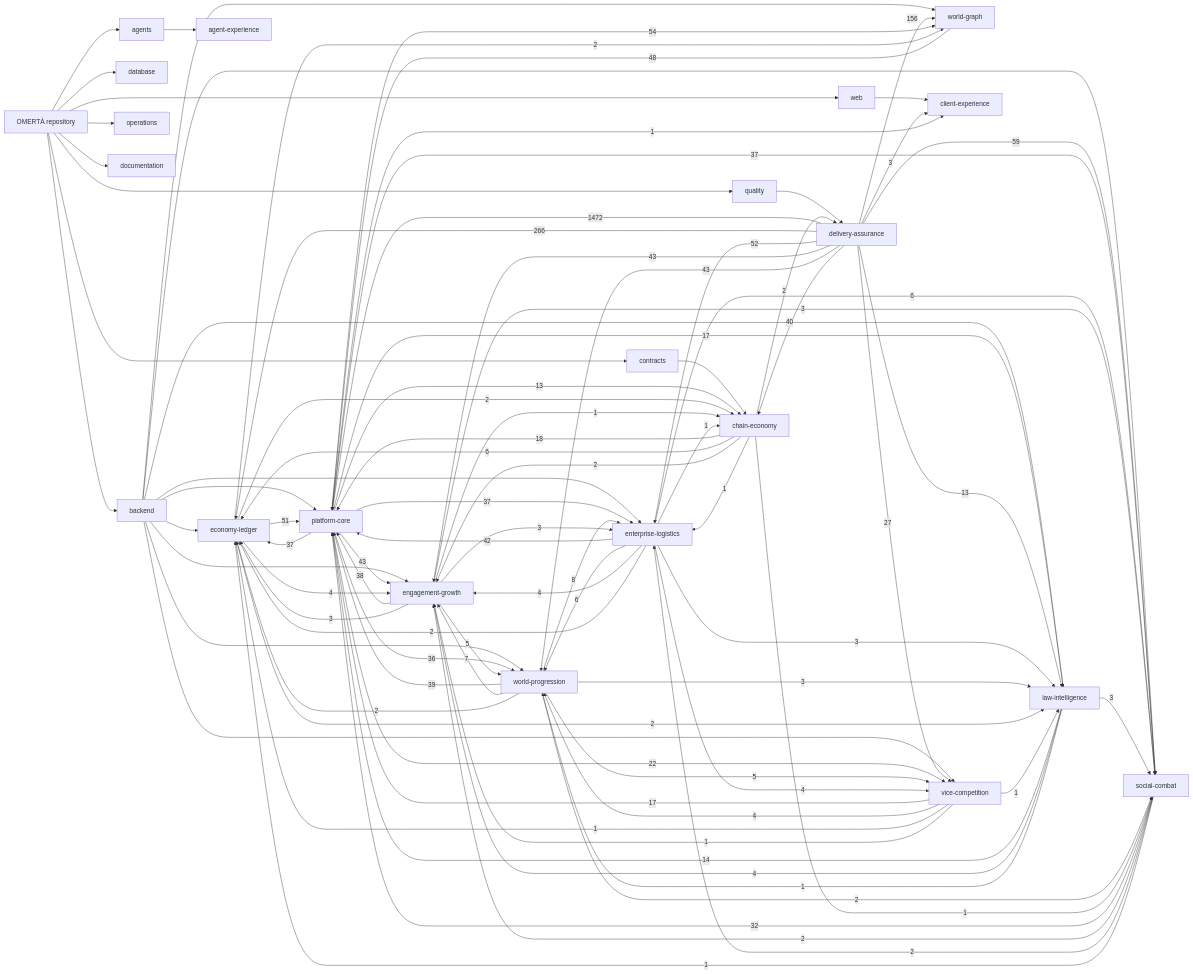
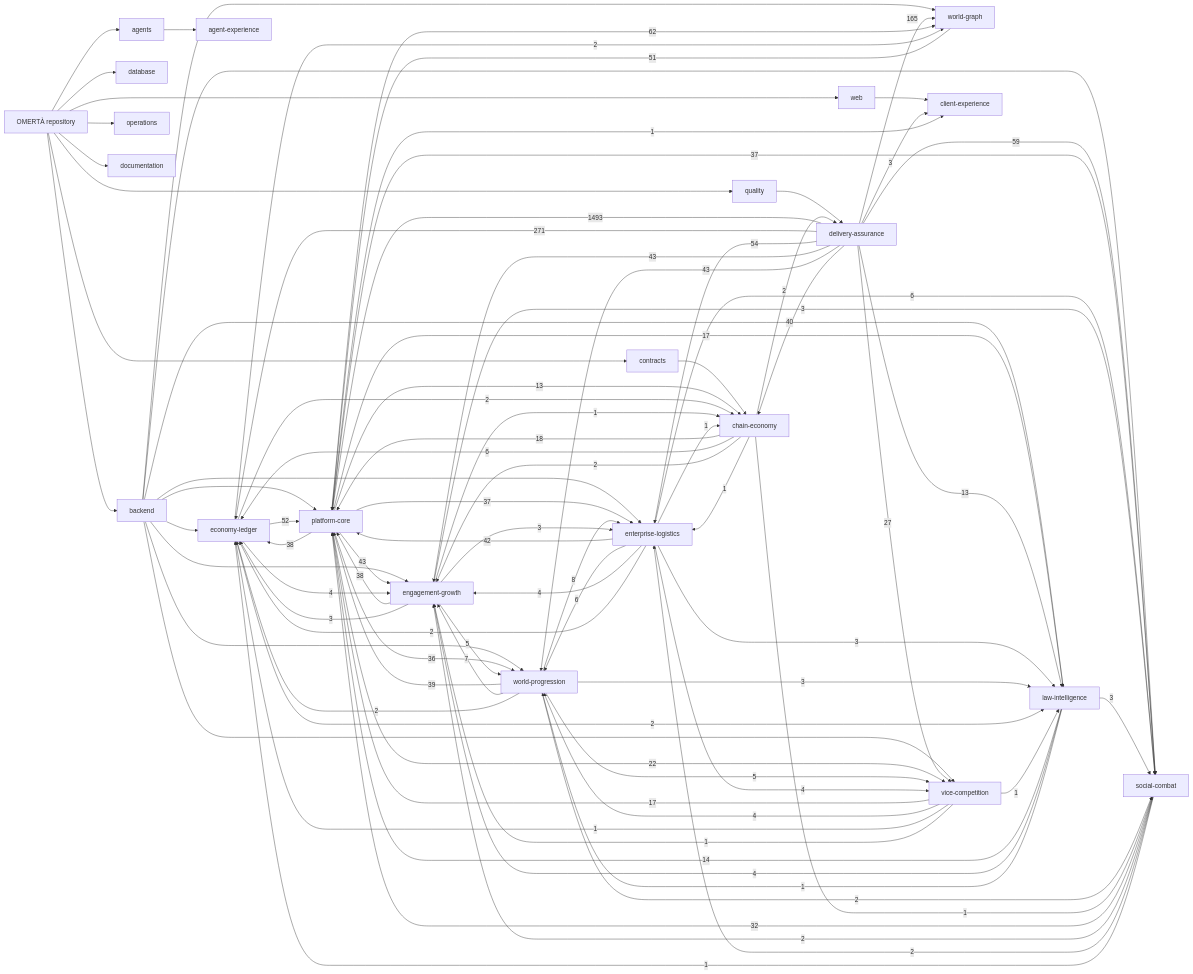
Before and after one commit to OmertaDev/Omerta: the diagram in knowledge/generated/graph.mmd, drawn with Mermaid. The commit also changed 8 other files, not shown here.

```diff
--- a/knowledge/generated/graph.mmd
+++ b/knowledge/generated/graph.mmd
@@ -1,111 +1,111 @@
 flowchart LR
   repo["OMERTÀ repository"]
   sub_backend["backend"]
   repo --> sub_backend
   sub_database["database"]
   repo --> sub_database
   sub_web["web"]
   repo --> sub_web
   sub_contracts["contracts"]
   repo --> sub_contracts
   sub_agents["agents"]
   repo --> sub_agents
   sub_quality["quality"]
   repo --> sub_quality
   sub_operations["operations"]
   repo --> sub_operations
   sub_documentation["documentation"]
   repo --> sub_documentation
   dom_platform-core["platform-core"]
   dom_economy-ledger["economy-ledger"]
   dom_social-combat["social-combat"]
   dom_world-progression["world-progression"]
   dom_world-graph["world-graph"]
   dom_enterprise-logistics["enterprise-logistics"]
   dom_vice-competition["vice-competition"]
   dom_law-intelligence["law-intelligence"]
   dom_chain-economy["chain-economy"]
   dom_engagement-growth["engagement-growth"]
   dom_client-experience["client-experience"]
   dom_agent-experience["agent-experience"]
   dom_delivery-assurance["delivery-assurance"]
   sub_agents --> dom_agent-experience
   sub_backend --> dom_economy-ledger
   sub_backend --> dom_engagement-growth
   sub_backend --> dom_enterprise-logistics
   sub_backend --> dom_law-intelligence
   sub_backend --> dom_platform-core
   sub_backend --> dom_social-combat
   sub_backend --> dom_vice-competition
   sub_backend --> dom_world-graph
   sub_backend --> dom_world-progression
   sub_contracts --> dom_chain-economy
   sub_quality --> dom_delivery-assurance
   sub_web --> dom_client-experience
-  dom_delivery-assurance -->|1472| dom_platform-core
-  dom_delivery-assurance -->|266| dom_economy-ledger
-  dom_delivery-assurance -->|156| dom_world-graph
+  dom_delivery-assurance -->|1493| dom_platform-core
+  dom_delivery-assurance -->|271| dom_economy-ledger
+  dom_delivery-assurance -->|165| dom_world-graph
+  dom_platform-core -->|62| dom_world-graph
   dom_delivery-assurance -->|59| dom_social-combat
-  dom_platform-core -->|54| dom_world-graph
-  dom_delivery-assurance -->|52| dom_enterprise-logistics
-  dom_economy-ledger -->|51| dom_platform-core
-  dom_world-graph -->|48| dom_platform-core
+  dom_delivery-assurance -->|54| dom_enterprise-logistics
+  dom_economy-ledger -->|52| dom_platform-core
+  dom_world-graph -->|51| dom_platform-core
   dom_delivery-assurance -->|43| dom_engagement-growth
   dom_delivery-assurance -->|43| dom_world-progression
   dom_platform-core -->|43| dom_engagement-growth
   dom_enterprise-logistics -->|42| dom_platform-core
   dom_delivery-assurance -->|40| dom_chain-economy
   dom_world-progression -->|39| dom_platform-core
   dom_engagement-growth -->|38| dom_platform-core
-  dom_platform-core -->|37| dom_economy-ledger
+  dom_platform-core -->|38| dom_economy-ledger
   dom_platform-core -->|37| dom_enterprise-logistics
   dom_platform-core -->|37| dom_social-combat
   dom_platform-core -->|36| dom_world-progression
   dom_social-combat -->|32| dom_platform-core
   dom_delivery-assurance -->|27| dom_vice-competition
   dom_platform-core -->|22| dom_vice-competition
   dom_chain-economy -->|18| dom_platform-core
   dom_platform-core -->|17| dom_law-intelligence
   dom_vice-competition -->|17| dom_platform-core
   dom_law-intelligence -->|14| dom_platform-core
   dom_delivery-assurance -->|13| dom_law-intelligence
   dom_platform-core -->|13| dom_chain-economy
   dom_world-progression -->|8| dom_enterprise-logistics
   dom_world-progression -->|7| dom_engagement-growth
   dom_chain-economy -->|6| dom_economy-ledger
   dom_enterprise-logistics -->|6| dom_social-combat
   dom_enterprise-logistics -->|6| dom_world-progression
   dom_engagement-growth -->|5| dom_world-progression
   dom_world-progression -->|5| dom_vice-competition
   dom_economy-ledger -->|4| dom_engagement-growth
   dom_enterprise-logistics -->|4| dom_engagement-growth
   dom_enterprise-logistics -->|4| dom_vice-competition
   dom_law-intelligence -->|4| dom_engagement-growth
   dom_vice-competition -->|4| dom_world-progression
   dom_delivery-assurance -->|3| dom_client-experience
   dom_engagement-growth -->|3| dom_economy-ledger
   dom_engagement-growth -->|3| dom_enterprise-logistics
   dom_engagement-growth -->|3| dom_social-combat
   dom_enterprise-logistics -->|3| dom_law-intelligence
   dom_law-intelligence -->|3| dom_social-combat
   dom_world-progression -->|3| dom_law-intelligence
   dom_chain-economy -->|2| dom_delivery-assurance
   dom_chain-economy -->|2| dom_engagement-growth
   dom_economy-ledger -->|2| dom_chain-economy
   dom_economy-ledger -->|2| dom_law-intelligence
   dom_economy-ledger -->|2| dom_world-graph
   dom_enterprise-logistics -->|2| dom_economy-ledger
   dom_social-combat -->|2| dom_engagement-growth
   dom_social-combat -->|2| dom_enterprise-logistics
   dom_world-progression -->|2| dom_economy-ledger
   dom_world-progression -->|2| dom_social-combat
   dom_chain-economy -->|1| dom_enterprise-logistics
   dom_chain-economy -->|1| dom_social-combat
   dom_engagement-growth -->|1| dom_chain-economy
   dom_enterprise-logistics -->|1| dom_chain-economy
   dom_law-intelligence -->|1| dom_world-progression
   dom_platform-core -->|1| dom_client-experience
   dom_social-combat -->|1| dom_economy-ledger
   dom_vice-competition -->|1| dom_economy-ledger
   dom_vice-competition -->|1| dom_engagement-growth
   dom_vice-competition -->|1| dom_law-intelligence
```
